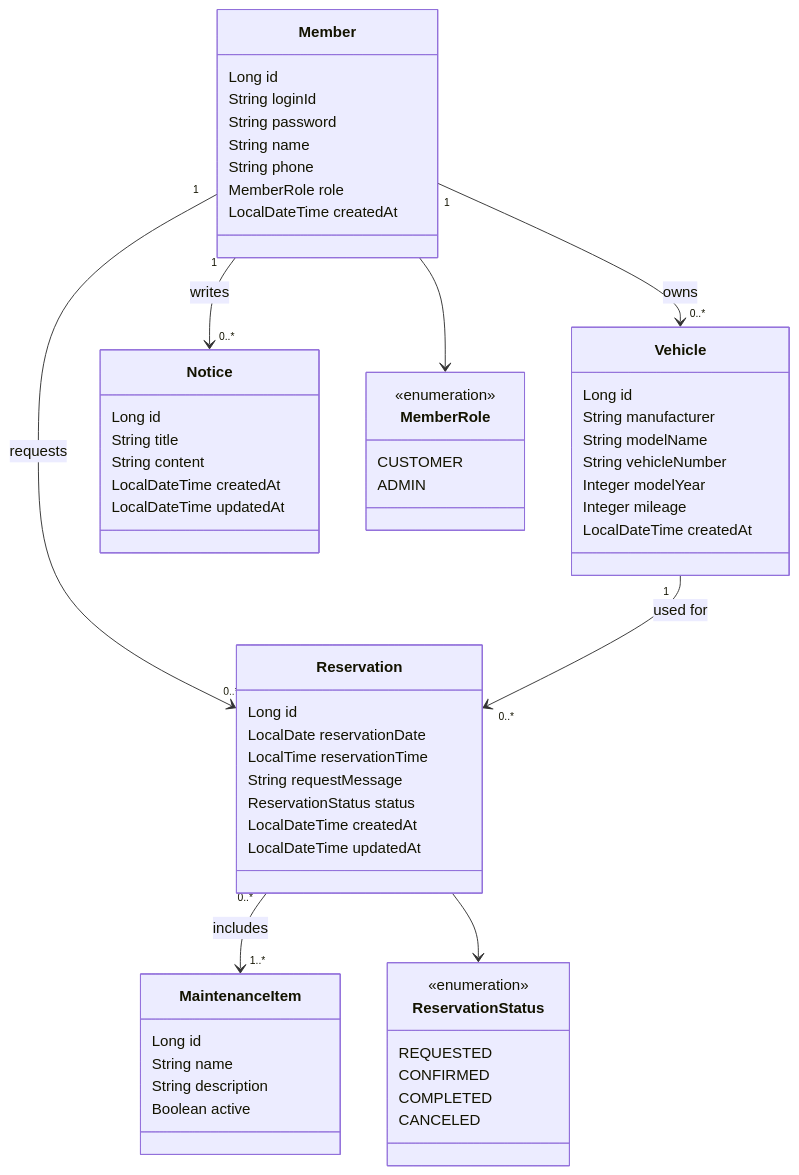
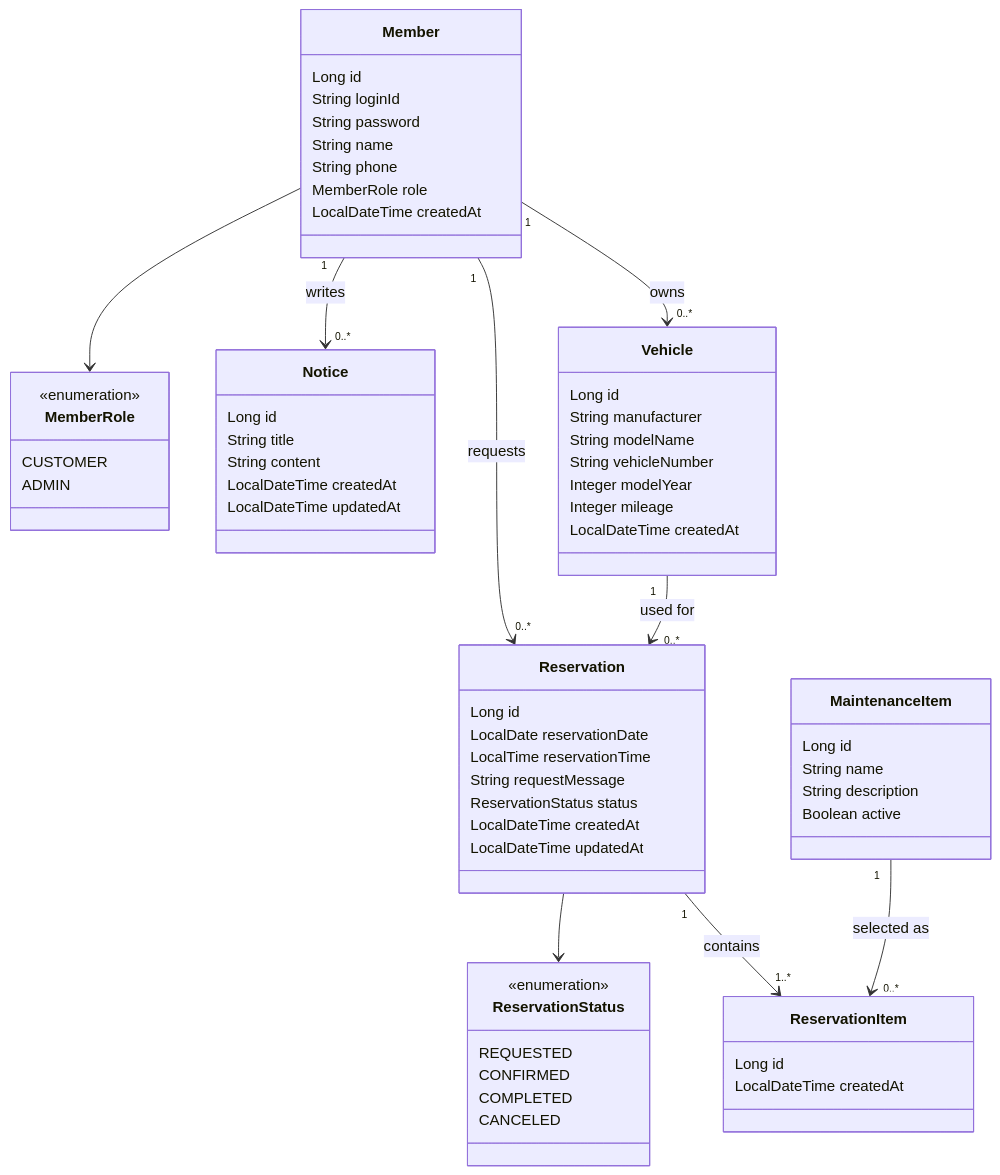
One commit to Parkhyunwoo0315/garagecare changed the first of 2 diagrams in docs/domain-model.md. Above: the diagram before and after it, drawn with Mermaid. The commit also changed other lines of this file, not shown here.

````diff
--- a/docs/domain-model.md
+++ b/docs/domain-model.md
@@ -116,70 +139,76 @@
 ```mermaid
 classDiagram
     class Member {
         Long id
         String loginId
         String password
         String name
         String phone
         MemberRole role
         LocalDateTime createdAt
     }
 
     class Vehicle {
         Long id
         String manufacturer
         String modelName
         String vehicleNumber
         Integer modelYear
         Integer mileage
         LocalDateTime createdAt
     }
 
     class Reservation {
         Long id
         LocalDate reservationDate
         LocalTime reservationTime
         String requestMessage
         ReservationStatus status
         LocalDateTime createdAt
         LocalDateTime updatedAt
     }
 
     class MaintenanceItem {
         Long id
         String name
         String description
         Boolean active
     }
 
     class Notice {
         Long id
         String title
         String content
         LocalDateTime createdAt
         LocalDateTime updatedAt
     }
 
     class MemberRole {
         <<enumeration>>
         CUSTOMER
         ADMIN
     }
 
     class ReservationStatus {
         <<enumeration>>
         REQUESTED
         CONFIRMED
         COMPLETED
         CANCELED
     }
 
+    class ReservationItem {
+        Long id
+        LocalDateTime createdAt
+    }
+    
     Member "1" --> "0..*" Vehicle : owns
     Member "1" --> "0..*" Reservation : requests
     Vehicle "1" --> "0..*" Reservation : used for
-    Reservation "0..*" --> "1..*" MaintenanceItem : includes
+    Reservation "1" --> "1..*" ReservationItem : contains
+    MaintenanceItem "1" --> "0..*" ReservationItem : selected as
     Member "1" --> "0..*" Notice : writes
 
     Member --> MemberRole
     Reservation --> ReservationStatus
 ```
````
